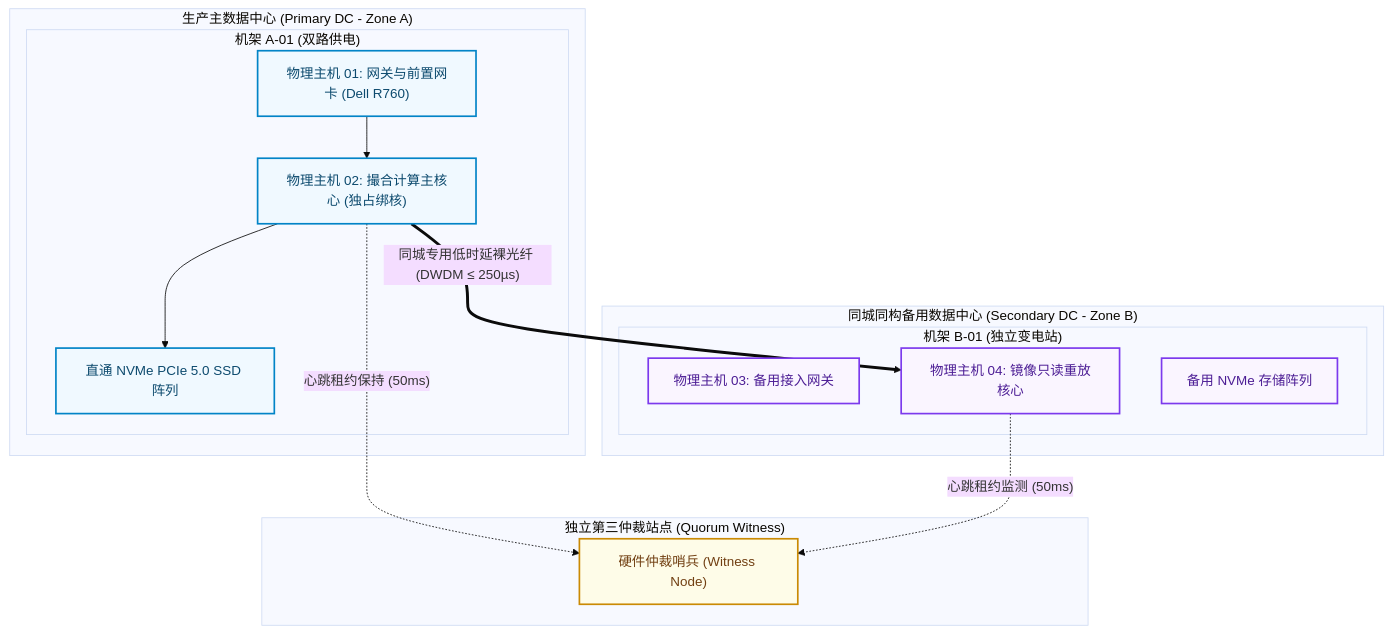
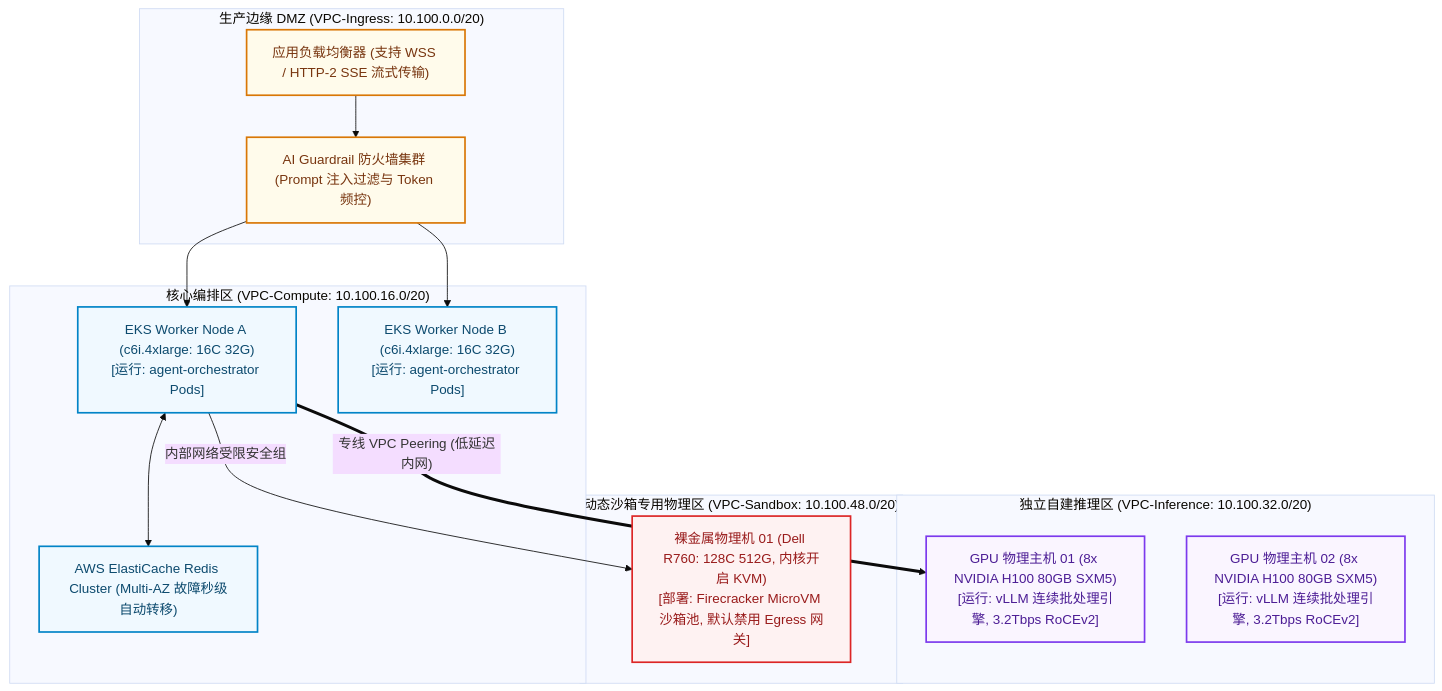
One commit to swizardlv/architect_skill changed the second of 2 diagrams in templates/operational-model-template.md. Above: the diagram before and after it, drawn with Mermaid (base theme). The commit also changed other lines of this file and 10 other files, not shown here.

````diff
--- a/templates/operational-model-template.md
+++ b/templates/operational-model-template.md
@@ -46,32 +57,34 @@
 ```mermaid
 flowchart TB
     %% 物理拓扑样式
-    classDef dcAStyle fill:#f0f9ff,stroke:#0284c7,stroke-width:2px,color:#0c4a6e;
-    classDef dcBStyle fill:#faf5ff,stroke:#7c3aed,stroke-width:2px,color:#4c1d95;
-    classDef witnessStyle fill:#fefce8,stroke:#ca8a04,stroke-width:2px,color:#713f12;
+    classDef cpuStyle fill:#f0f9ff,stroke:#0284c7,stroke-width:2px,color:#0c4a6e;
+    classDef gpuStyle fill:#faf5ff,stroke:#7c3aed,stroke-width:2px,color:#4c1d95;
+    classDef sandboxStyle fill:#fef2f2,stroke:#dc2626,stroke-width:2px,color:#991b1b;
+    classDef edgeStyle fill:#fffbeb,stroke:#d97706,stroke-width:2px,color:#78350f;
 
-    subgraph PrimarySite ["生产主数据中心 (Primary DC - Zone A)"]
-        subgraph RackA1 ["机架 A-01 (双路供电)"]
-            NodeGW_A["物理主机 01: 网关与前置网卡 (Dell R760)"]:::dcAStyle
-            NodeCore_A["物理主机 02: 撮合计算主核心 (独占绑核)"]:::dcAStyle
-            Storage_A["直通 NVMe PCIe 5.0 SSD 阵列"]:::dcAStyle
-        end
+    subgraph EdgeDMZ ["生产边缘 DMZ (VPC-Ingress: 10.100.0.0/20)"]
+        ALB["应用负载均衡器 (支持 WSS / HTTP-2 SSE 流式传输)"]:::edgeStyle
+        WAF_Node["AI Guardrail 防火墙集群 (Prompt 注入过滤与 Token 频控)"]:::edgeStyle
     end
 
-    subgraph SecondarySite ["同城同构备用数据中心 (Secondary DC - Zone B)"]
-        subgraph RackB1 ["机架 B-01 (独立变电站)"]
-            NodeGW_B["物理主机 03: 备用接入网关"]:::dcBStyle
-            NodeCore_B["物理主机 04: 镜像只读重放核心"]:::dcBStyle
-            Storage_B["备用 NVMe 存储阵列"]:::dcBStyle
-        end
+    subgraph CPUCluster ["核心编排区 (VPC-Compute: 10.100.16.0/20)"]
+        K8s_CPU_Node1["EKS Worker Node A (c6i.4xlarge: 16C 32G)<br/>[运行: agent-orchestrator Pods]"]:::cpuStyle
+        K8s_CPU_Node2["EKS Worker Node B (c6i.4xlarge: 16C 32G)<br/>[运行: agent-orchestrator Pods]"]:::cpuStyle
+        Redis_Cluster["AWS ElastiCache Redis Cluster (Multi-AZ 故障秒级自动转移)"]:::cpuStyle
     end
 
-    subgraph WitnessSite ["独立第三仲裁站点 (Quorum Witness)"]
-        Arbitrator["硬件仲裁哨兵 (Witness Node)"]:::witnessStyle
+    subgraph GPUCluster ["独立自建推理区 (VPC-Inference: 10.100.32.0/20)"]
+        GPU_Server1["GPU 物理主机 01 (8x NVIDIA H100 80GB SXM5)<br/>[运行: vLLM 连续批处理引擎, 3.2Tbps RoCEv2]"]:::gpuStyle
+        GPU_Server2["GPU 物理主机 02 (8x NVIDIA H100 80GB SXM5)<br/>[运行: vLLM 连续批处理引擎, 3.2Tbps RoCEv2]"]:::gpuStyle
     end
 
-    NodeGW_A --> NodeCore_A --> Storage_A
-    NodeCore_A ==>|"同城专用低时延裸光纤 (DWDM ≤ 250µs)"| NodeCore_B
-    NodeCore_A -.->|"心跳租约保持 (50ms)"| Arbitrator
-    NodeCore_B -.->|"心跳租约监测 (50ms)"| Arbitrator
+    subgraph SandboxCluster ["动态沙箱专用物理区 (VPC-Sandbox: 10.100.48.0/20)"]
+        SandboxHost1["裸金属物理机 01 (Dell R760: 128C 512G, 内核开启 KVM)<br/>[部署: Firecracker MicroVM 沙箱池, 默认禁用 Egress 网关]"]:::sandboxStyle
+    end
+
+    ALB --> WAF_Node --> K8s_CPU_Node1
+    WAF_Node --> K8s_CPU_Node2
+    K8s_CPU_Node1 <--> Redis_Cluster
+    K8s_CPU_Node1 ==>|"专线 VPC Peering (低延迟内网)"| GPU_Server1
+    K8s_CPU_Node1 -->|"内部网络受限安全组"| SandboxHost1
 ```
````
